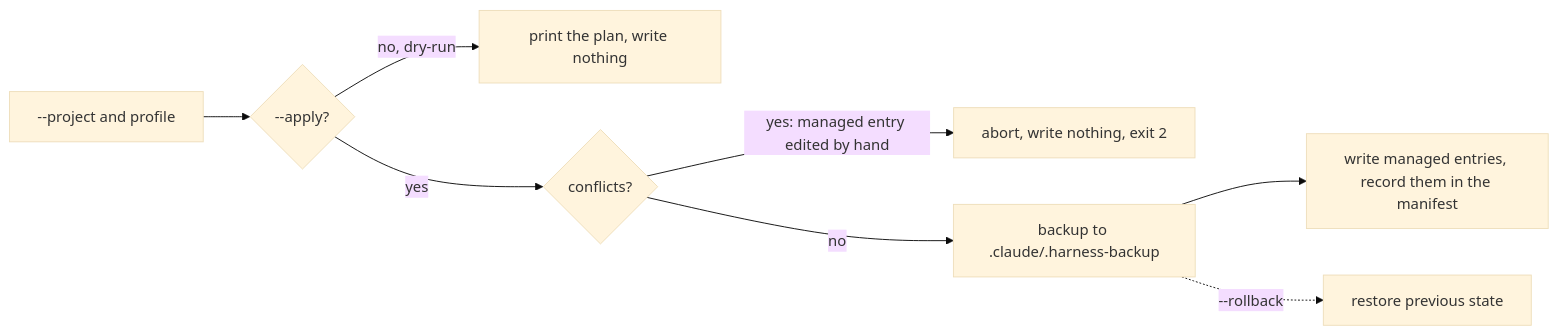
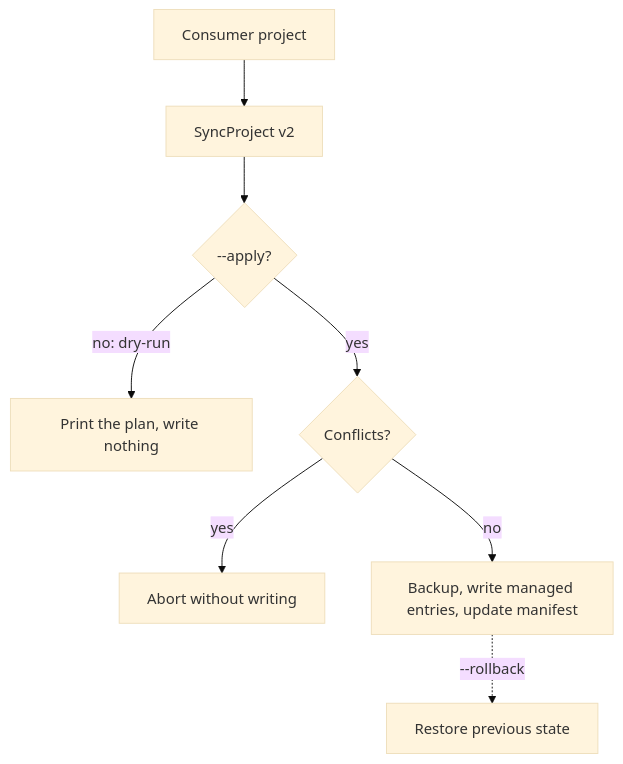
Before and after one commit to MarBlanco/ClaudeCode-agentes-skills: the second of 3 diagrams in README.md, drawn with Mermaid (base theme). The commit also changed other lines of this file, not shown here.

Commit message:
docs: README más conciso y profesional; corrige estructura del repo, instalación, diagramas y controles de seguridad

````diff
--- a/README.md
+++ b/README.md
@@ -163,10 +68,10 @@
 ```mermaid
-flowchart LR
-  A["--project and profile"] --> B{"--apply?"}
-  B -->|"no, dry-run"| P["print the plan, write nothing"]
-  B -->|"yes"| C{"conflicts?"}
-  C -->|"yes: managed entry edited by hand"| X["abort, write nothing, exit 2"]
-  C -->|"no"| D["backup to .claude/.harness-backup"]
-  D --> E["write managed entries, record them in the manifest"]
-  D -.->|"--rollback"| G["restore previous state"]
+flowchart TD
+  A["Consumer project"] --> B["SyncProject v2"]
+  B --> C{"--apply?"}
+  C -->|"no: dry-run"| D["Print the plan, write nothing"]
+  C -->|"yes"| E{"Conflicts?"}
+  E -->|"yes"| F["Abort without writing"]
+  E -->|"no"| G["Backup, write managed entries, update manifest"]
+  G -.->|"--rollback"| H["Restore previous state"]
 ```
````
